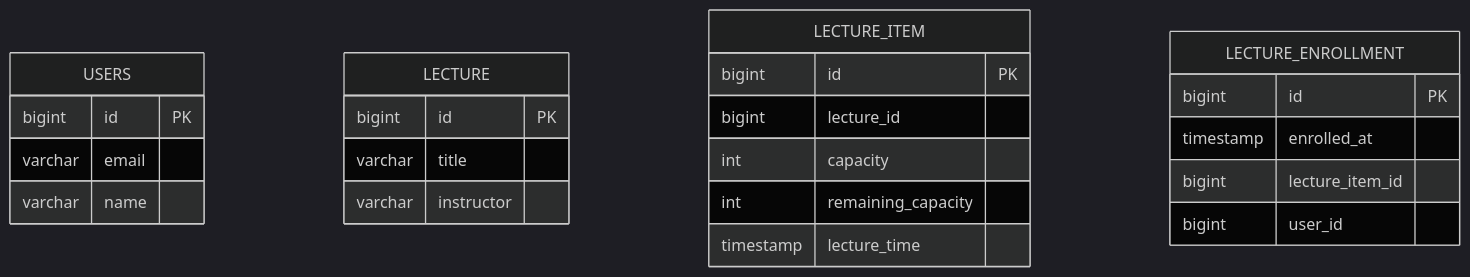
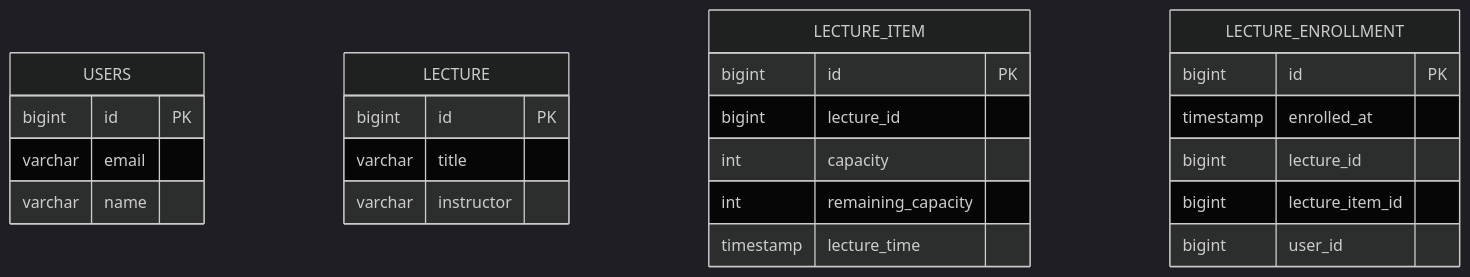
The diagram in docs/erd_overview.md (rueun/hhplus-clean-architecture), drawn with Mermaid (dark theme) before and after one commit. The commit also changed other lines of this file, not shown here.

Commit message:
docs: ERD 명세 보완

````diff
--- a/docs/erd_overview.md
+++ b/docs/erd_overview.md
@@ -4,29 +4,30 @@
 ```mermaid
 erDiagram
     USERS {
         bigint id PK
         varchar email
         varchar name
     }
 
     LECTURE {
         bigint id PK
         varchar title
         varchar instructor
     }
 
     LECTURE_ITEM {
         bigint id PK
         bigint lecture_id
         int capacity
         int remaining_capacity
         timestamp lecture_time
     }
 
     LECTURE_ENROLLMENT {
         bigint id PK
         timestamp enrolled_at
+        bigint lecture_id
         bigint lecture_item_id
         bigint user_id
     }
 ```
````
